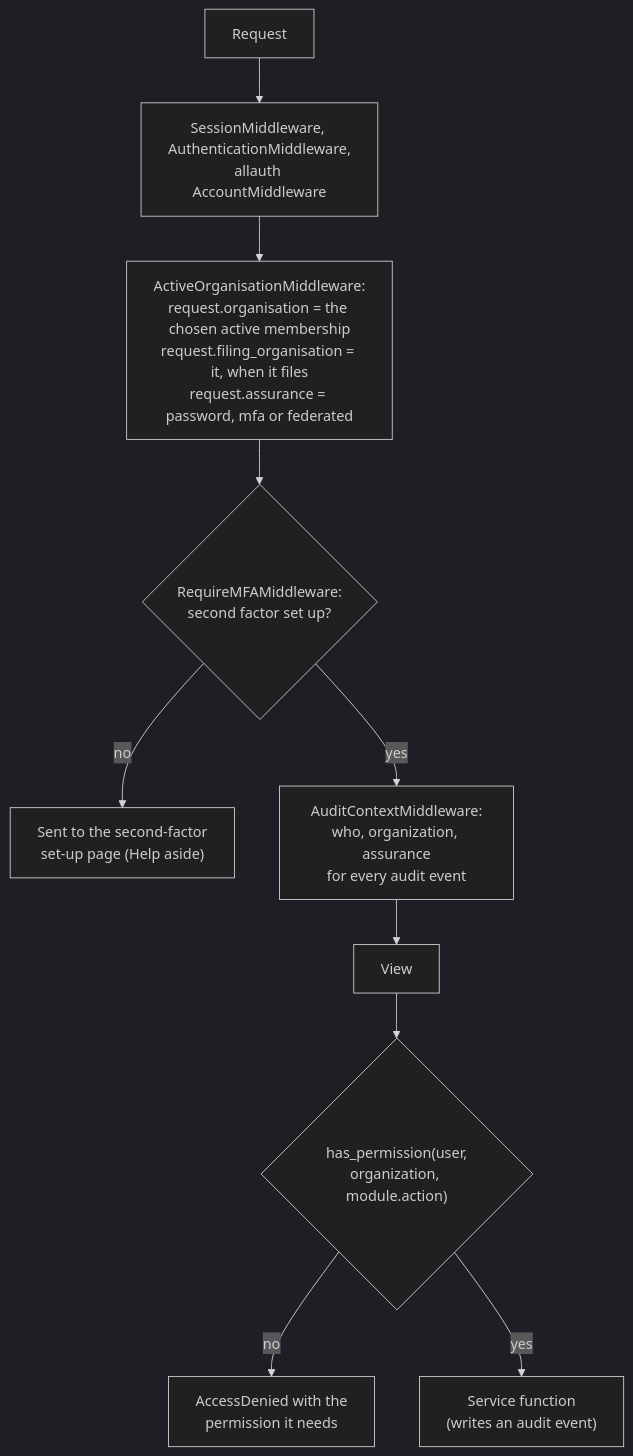
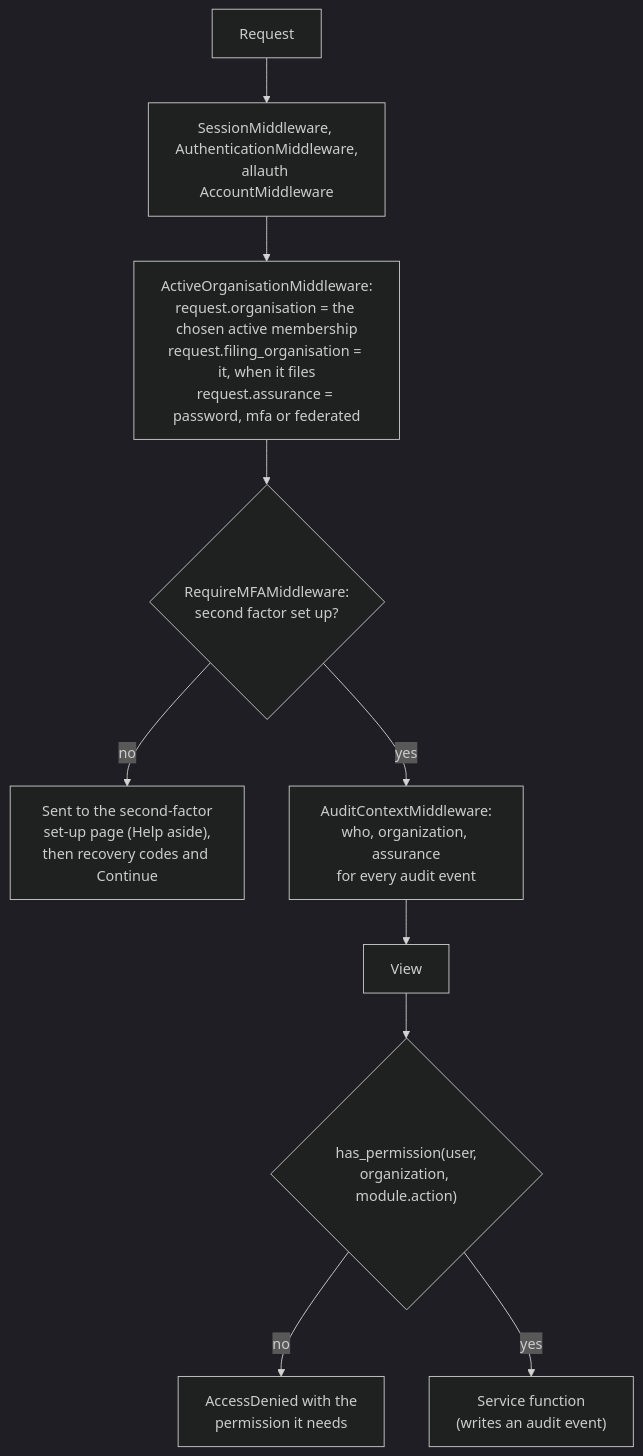
Diagram 15 of 23 in docs/ARCHITECTURE_AS_BUILT.md (JRichardson-PGE/CEDARS-Platform), drawn with Mermaid (dark theme) before and after one commit. The commit also changed other lines of this file and 15 other files, not shown here.

First line of the commit message:
First sign-in: set-up steps, whole key, six-digit field, recovery codes with Continue (UI review 3, U6)

````diff
--- a/docs/ARCHITECTURE_AS_BUILT.md
+++ b/docs/ARCHITECTURE_AS_BUILT.md
@@ -806,12 +806,12 @@
 ```mermaid
 flowchart TD
   req["Request"] --> sess["SessionMiddleware, AuthenticationMiddleware,<br/>allauth AccountMiddleware"]
   sess --> act["ActiveOrganisationMiddleware:<br/>request.organisation = the chosen active membership<br/>request.filing_organisation = it, when it files<br/>request.assurance = password, mfa or federated"]
   act --> mfa{"RequireMFAMiddleware:<br/>second factor set up?"}
-  mfa -- "no" --> setup["Sent to the second-factor<br/>set-up page (Help aside)"]
+  mfa -- "no" --> setup["Sent to the second-factor<br/>set-up page (Help aside),<br/>then recovery codes and Continue"]
   mfa -- "yes" --> auditctx["AuditContextMiddleware:<br/>who, organization, assurance<br/>for every audit event"]
   auditctx --> view["View"]
   view --> perm{"has_permission(user,<br/>organization, module.action)"}
   perm -- "no" --> deny["AccessDenied with the<br/>permission it needs"]
   perm -- "yes" --> svc["Service function<br/>(writes an audit event)"]
 ```
````
